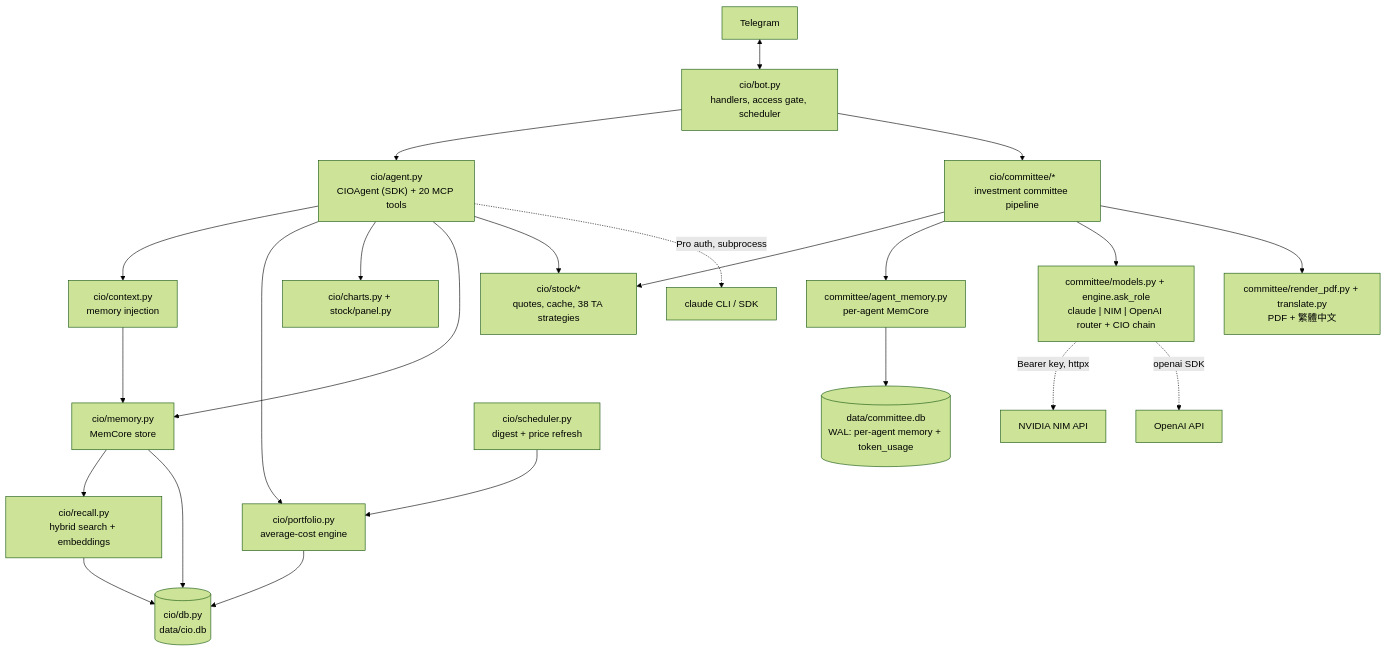
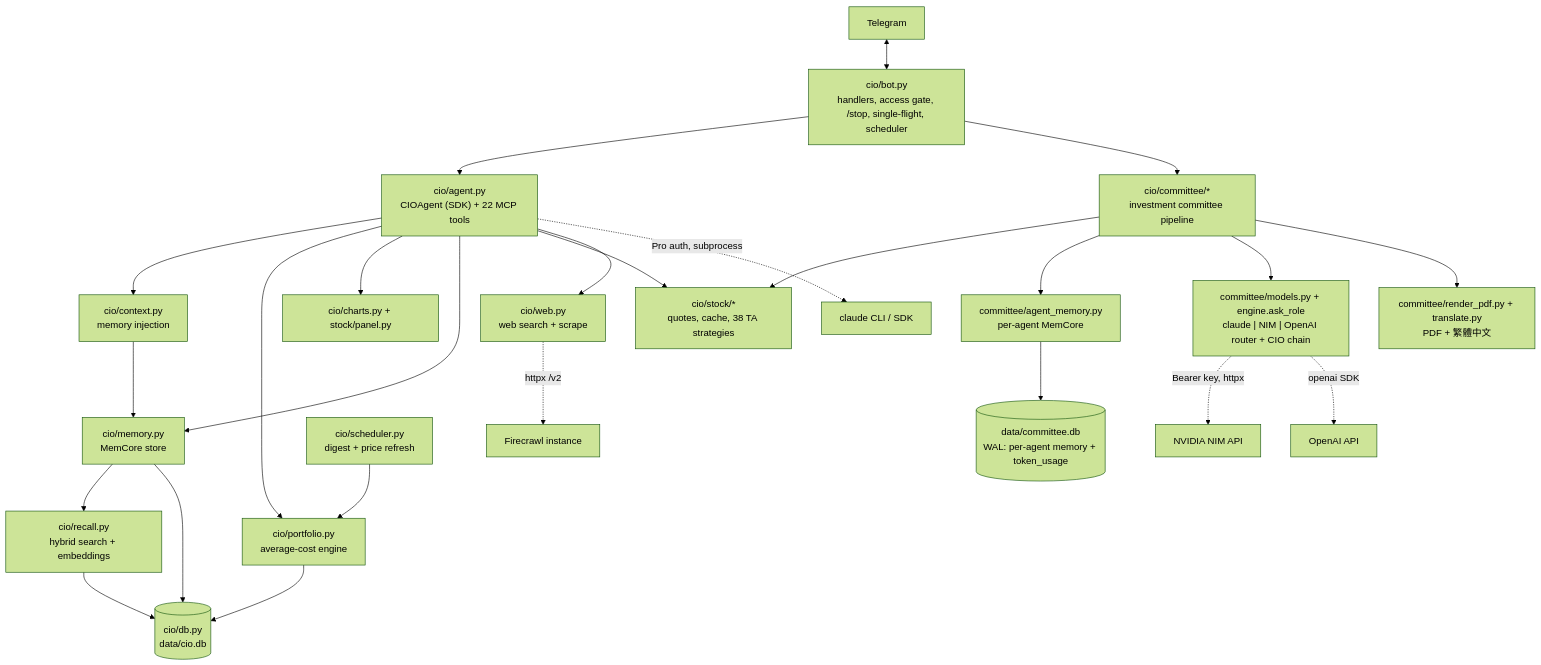
The first of 5 diagrams in docs/TECHNICAL_REPORT.md (cloudaipro/CIOAgent), drawn with Mermaid (forest theme) before and after one commit. The commit also changed other lines of this file and 1 other file, not shown here.

First line of the commit message:
docs: forward P/E, web tools, memory tab, /stop + single-flight

````diff
--- a/docs/TECHNICAL_REPORT.md
+++ b/docs/TECHNICAL_REPORT.md
@@ -35,25 +35,27 @@
 ```mermaid
 flowchart TD
-    TG["Telegram"] <--> BOT["cio/bot.py<br/>handlers, access gate, scheduler"]
-    BOT --> AGENT["cio/agent.py<br/>CIOAgent (SDK) + 20 MCP tools"]
+    TG["Telegram"] <--> BOT["cio/bot.py<br/>handlers, access gate, /stop, single-flight, scheduler"]
+    BOT --> AGENT["cio/agent.py<br/>CIOAgent (SDK) + 22 MCP tools"]
     BOT --> COMM["cio/committee/*<br/>investment committee pipeline"]
     AGENT --> CTX["cio/context.py<br/>memory injection"]
     AGENT --> PORT["cio/portfolio.py<br/>average-cost engine"]
     AGENT --> CHARTS["cio/charts.py + stock/panel.py"]
     AGENT --> MEM["cio/memory.py<br/>MemCore store"]
     AGENT --> STK["cio/stock/*<br/>quotes, cache, 38 TA strategies"]
+    AGENT --> WEB["cio/web.py<br/>web search + scrape"]
     MEM --> RECALL["cio/recall.py<br/>hybrid search + embeddings"]
     CTX --> MEM
     COMM --> STK
     COMM --> AMEM["committee/agent_memory.py<br/>per-agent MemCore"]
     COMM --> MODELS["committee/models.py + engine.ask_role<br/>claude | NIM | OpenAI router + CIO chain"]
     COMM --> PDF["committee/render_pdf.py + translate.py<br/>PDF + 繁體中文"]
     AMEM --> CDB[("data/committee.db<br/>WAL: per-agent memory + token_usage")]
     PORT --> DB[("cio/db.py<br/>data/cio.db")]
     MEM --> DB
     RECALL --> DB
     SCHED["cio/scheduler.py<br/>digest + price refresh"] --> PORT
     AGENT -. "Pro auth, subprocess" .-> CLAUDE["claude CLI / SDK"]
+    WEB -. "httpx /v2" .-> FC["Firecrawl instance"]
     MODELS -. "Bearer key, httpx" .-> NIM["NVIDIA NIM API"]
     MODELS -. "openai SDK" .-> OAI["OpenAI API"]
 ```
````
